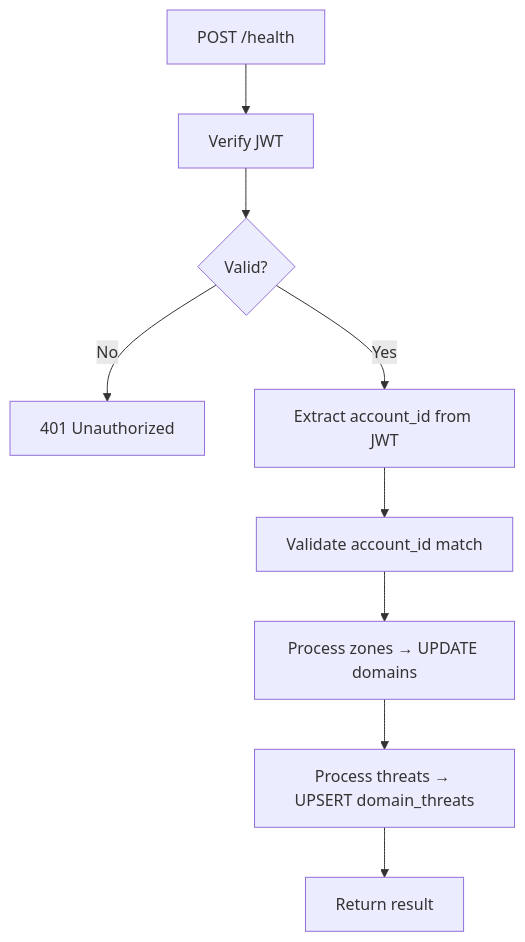
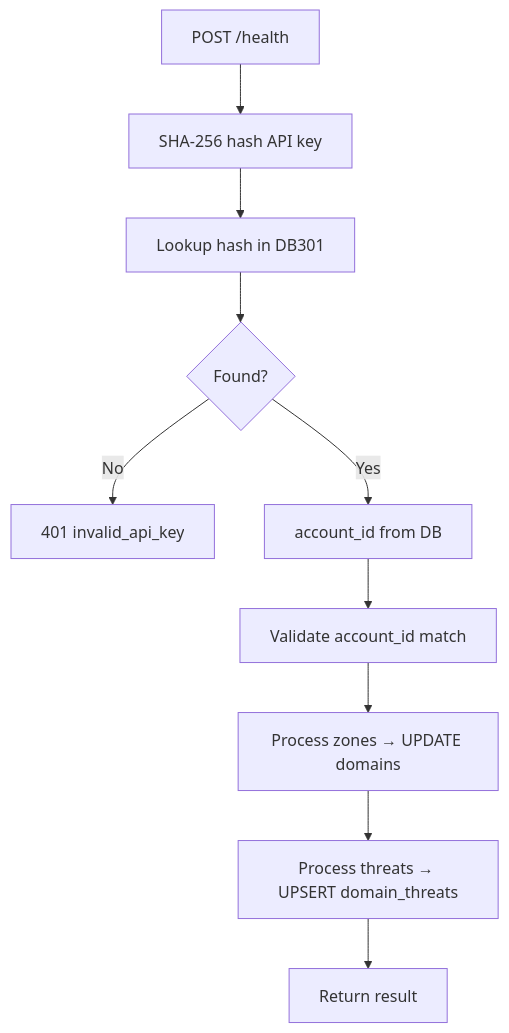
One commit to admin310st/301 changed the second of 4 diagrams in wiki/Health_Check.md. Above: the diagram before and after it, drawn with Mermaid. The commit also changed other lines of this file and 18 other files, not shown here.

First line of the commit message:
client-env unified setup, webhook API key auth, TDS stats split

````diff
--- a/wiki/Health_Check.md
+++ b/wiki/Health_Check.md
@@ -212,11 +210,12 @@
 ```mermaid
 flowchart TB
-    A[POST /health] --> B[Verify JWT]
-    B --> C{Valid?}
-    C -->|No| D[401 Unauthorized]
-    C -->|Yes| E[Extract account_id from JWT]
-    E --> F[Validate account_id match]
-    F --> G[Process zones → UPDATE domains]
-    G --> H[Process threats → UPSERT domain_threats]
-    H --> I[Return result]
+    A[POST /health] --> B[SHA-256 hash API key]
+    B --> C[Lookup hash in DB301]
+    C --> D{Found?}
+    D -->|No| E[401 invalid_api_key]
+    D -->|Yes| F[account_id from DB]
+    F --> G[Validate account_id match]
+    G --> H[Process zones → UPDATE domains]
+    H --> I[Process threats → UPSERT domain_threats]
+    I --> J[Return result]
 ```
````
